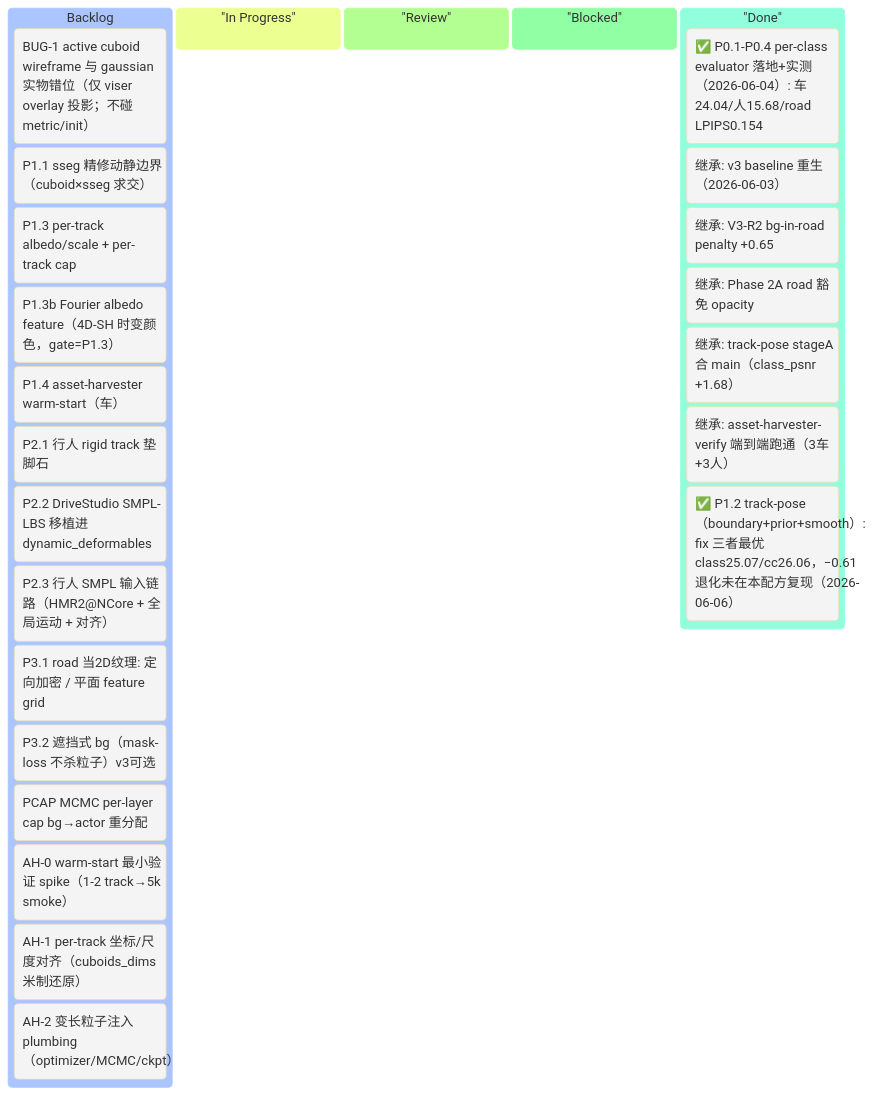
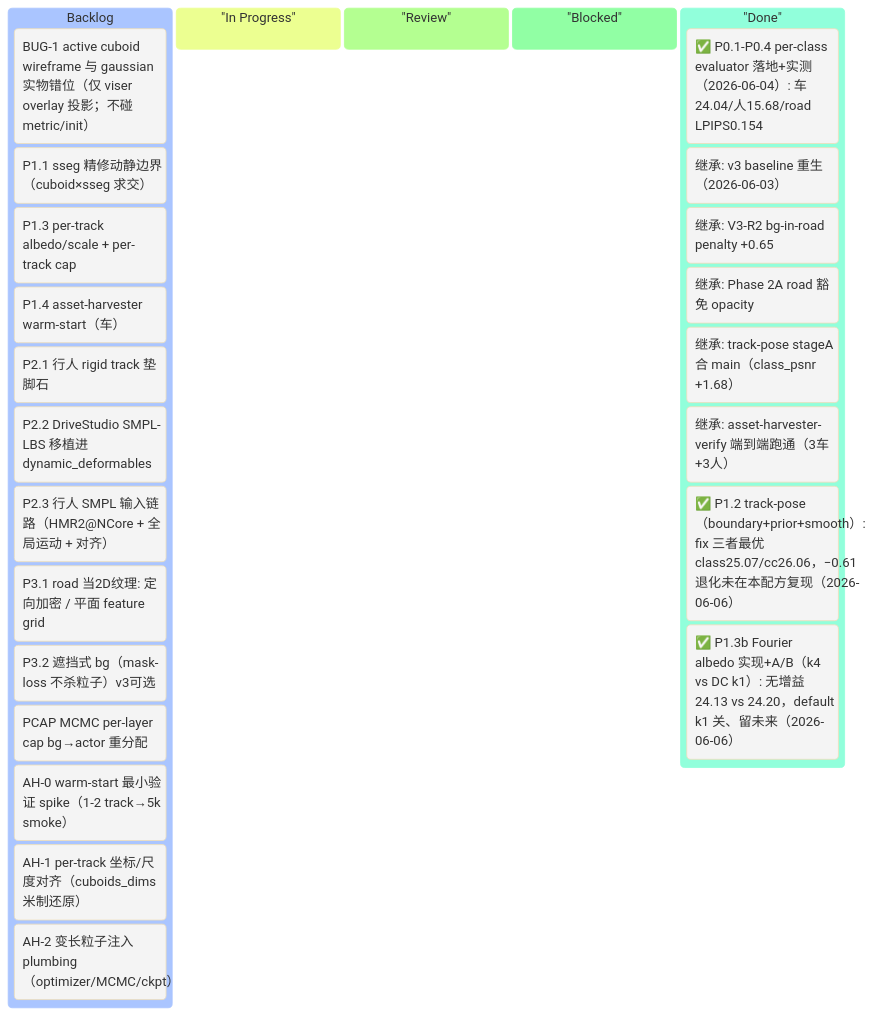
One commit to etendue/3dgrut changed the first of 2 diagrams in v3_plan_revised.md. Above: the diagram before and after it, drawn with Mermaid. The commit also changed other lines of this file and 8 other files, not shown here.

First line of the commit message:
feat(P1.3b): Fourier albedo feature (4D-SH time-varying color)

````diff
--- a/v3_plan_revised.md
+++ b/v3_plan_revised.md
@@ -67,34 +67,34 @@
 ```mermaid
 %%{init: {'theme':'base'}}%%
 kanban
     Backlog
         [BUG-1 active cuboid wireframe 与 gaussian 实物错位（仅 viser overlay 投影；不碰 metric/init）]
         [P1.1 sseg 精修动静边界（cuboid×sseg 求交）]
         [P1.3 per-track albedo/scale + per-track cap]
-        [P1.3b Fourier albedo feature（4D-SH 时变颜色，gate=P1.3）]
         [P1.4 asset-harvester warm-start（车）]
         [P2.1 行人 rigid track 垫脚石]
         [P2.2 DriveStudio SMPL-LBS 移植进 dynamic_deformables]
         [P2.3 行人 SMPL 输入链路（HMR2@NCore + 全局运动 + 对齐）]
         [P3.1 road 当2D纹理: 定向加密 / 平面 feature grid]
         [P3.2 遮挡式 bg（mask-loss 不杀粒子）v3可选]
         [PCAP MCMC per-layer cap bg→actor 重分配]
         [AH-0 warm-start 最小验证 spike（1-2 track→5k smoke）]
         [AH-1 per-track 坐标/尺度对齐（cuboids_dims 米制还原）]
         [AH-2 变长粒子注入 plumbing（optimizer/MCMC/ckpt）]
 
     "In Progress"
 
     "Review"
 
     "Blocked"
 
     "Done"
         [✅ P0.1-P0.4 per-class evaluator 落地+实测（2026-06-04）: 车24.04/人15.68/road LPIPS0.154]
         [继承: v3 baseline 重生（2026-06-03）]
         [继承: V3-R2 bg-in-road penalty +0.65]
         [继承: Phase 2A road 豁免 opacity]
         [继承: track-pose stageA 合 main（class_psnr +1.68）]
         [继承: asset-harvester-verify 端到端跑通（3车+3人）]
         [✅ P1.2 track-pose（boundary+prior+smooth）: fix 三者最优 class25.07/cc26.06，−0.61 退化未在本配方复现（2026-06-06）]
+        [✅ P1.3b Fourier albedo 实现+A/B（k4 vs DC k1）: 无增益 24.13 vs 24.20，default k1 关、留未来（2026-06-06）]
 ```
````
